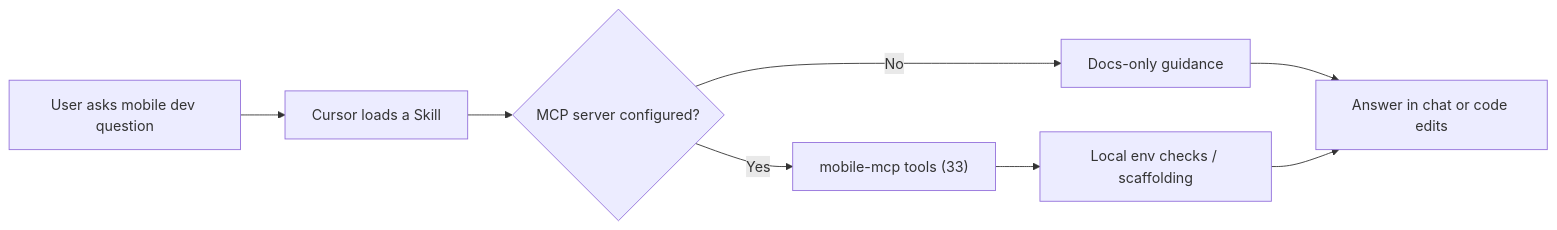
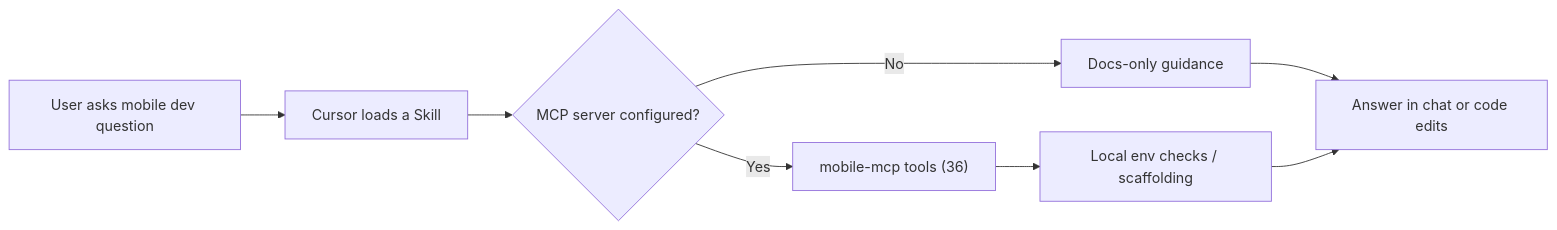
The diagram in README.md (TMHSDigital/Mobile-App-Developer-Tools), drawn with Mermaid before and after one commit. The commit also changed other lines of this file and 15 other files, not shown here.

First line of the commit message:
v0.12.0: Extend & Evolve - 3 skills, 1 rule, 3 MCP tools

````diff
--- a/README.md
+++ b/README.md
@@ -60,10 +60,10 @@
 ```mermaid
 flowchart LR
     A[User asks mobile dev question] --> B[Cursor loads a Skill]
     B --> C{MCP server configured?}
-    C -->|Yes| D["mobile-mcp tools (33)"]
+    C -->|Yes| D["mobile-mcp tools (36)"]
     C -->|No| E[Docs-only guidance]
     D --> F[Local env checks / scaffolding]
     E --> G[Answer in chat or code edits]
     F --> G
 ```
````
